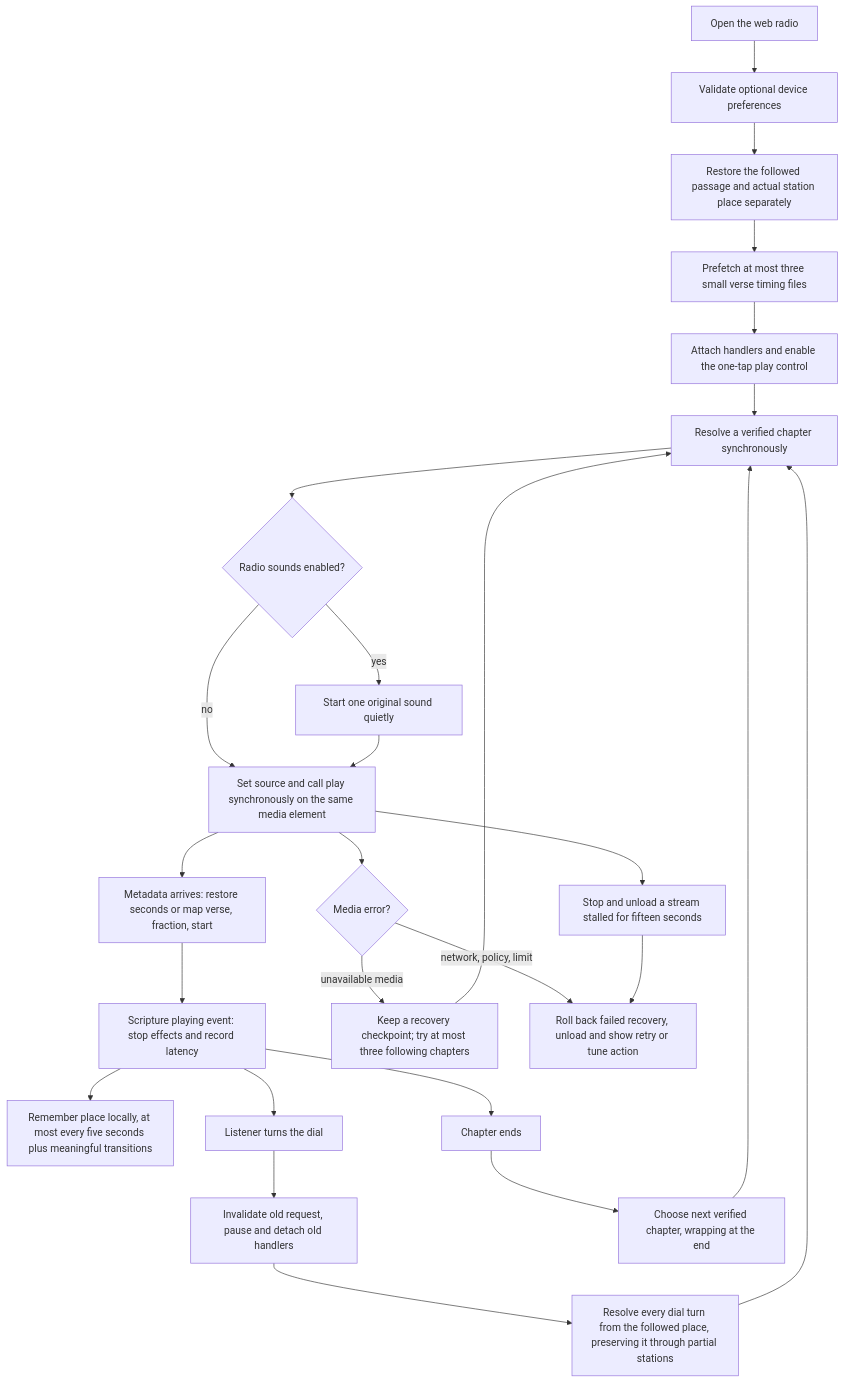
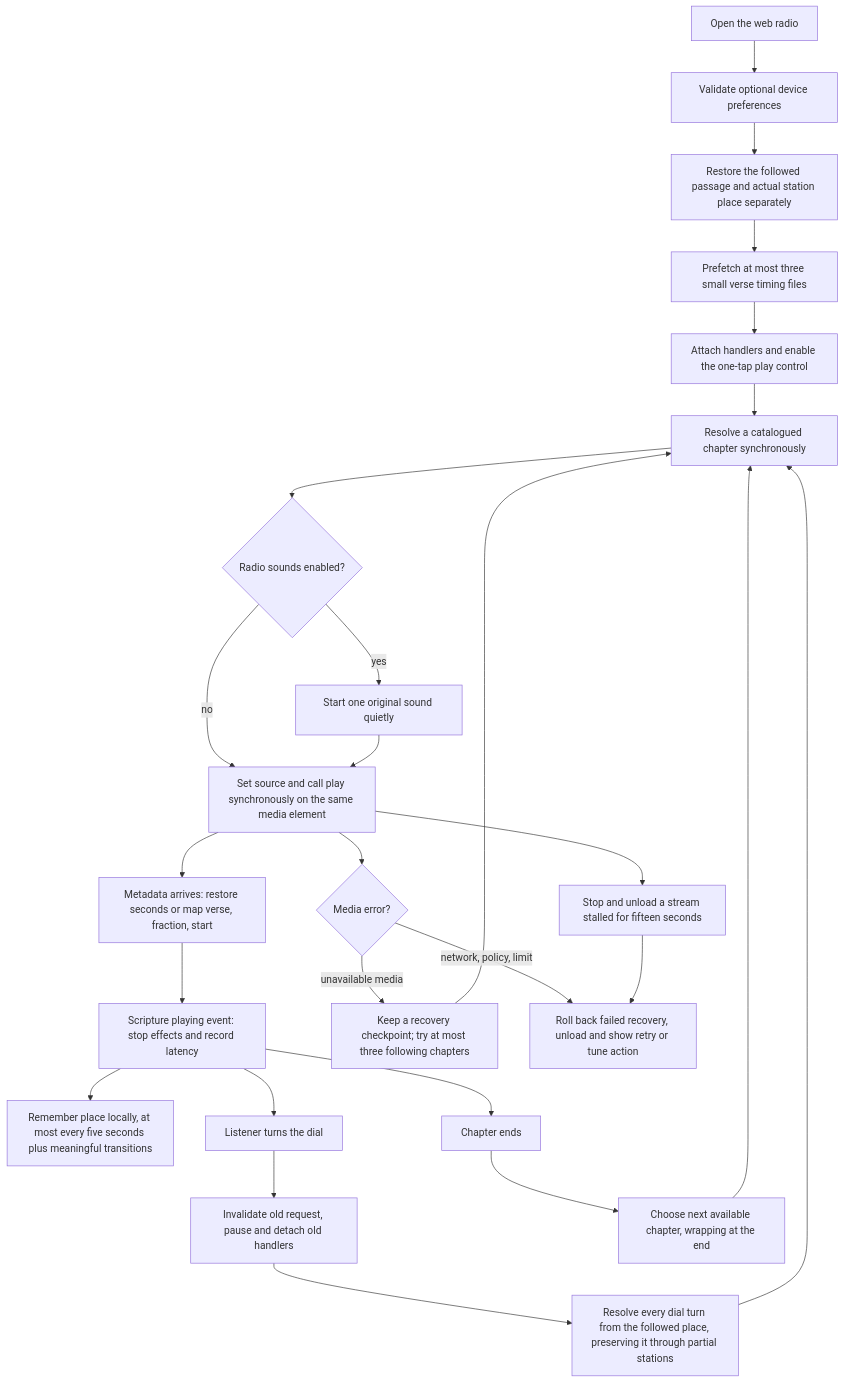
Before and after one commit to loveJesus/audiobiblerad.io-chirho: the diagram in spec-chirho/workflows-chirho/tune_in_workflow_chirho.md, drawn with Mermaid. The commit also changed other lines of this file and 36 other files, not shown here.

````diff
--- a/spec-chirho/workflows-chirho/tune_in_workflow_chirho.md
+++ b/spec-chirho/workflows-chirho/tune_in_workflow_chirho.md
@@ -7,28 +7,28 @@
 ```mermaid
 flowchart TD
     open_chirho[Open the web radio] --> memory_chirho[Validate optional device preferences]
     memory_chirho --> place_chirho[Restore the followed passage and actual station place separately]
     place_chirho --> timings_chirho[Prefetch at most three small verse timing files]
     timings_chirho --> tap_chirho[Attach handlers and enable the one-tap play control]
-    tap_chirho --> locate_chirho[Resolve a verified chapter synchronously]
+    tap_chirho --> locate_chirho[Resolve a catalogued chapter synchronously]
     locate_chirho --> noise_chirho{Radio sounds enabled?}
     noise_chirho -- yes --> effects_chirho[Start one original sound quietly]
     noise_chirho -- no --> play_chirho
     effects_chirho --> play_chirho[Set source and call play synchronously on the same media element]
     play_chirho --> metadata_chirho[Metadata arrives: restore seconds or map verse, fraction, start]
     metadata_chirho --> playing_chirho[Scripture playing event: stop effects and record latency]
     playing_chirho --> memory_save_chirho[Remember place locally, at most every five seconds plus meaningful transitions]
     playing_chirho --> turn_chirho[Listener turns the dial]
     turn_chirho --> cancel_chirho[Invalidate old request, pause and detach old handlers]
     cancel_chirho --> anchor_chirho[Resolve every dial turn from the followed place, preserving it through partial stations]
     anchor_chirho --> locate_chirho
     playing_chirho --> ended_chirho[Chapter ends]
-    ended_chirho --> next_chirho[Choose next verified chapter, wrapping at the end]
+    ended_chirho --> next_chirho[Choose next available chapter, wrapping at the end]
     next_chirho --> locate_chirho
     play_chirho --> error_chirho{Media error?}
     error_chirho -- unavailable media --> recover_chirho[Keep a recovery checkpoint; try at most three following chapters]
     recover_chirho --> locate_chirho
     error_chirho -- network, policy, limit --> stop_chirho[Roll back failed recovery, unload and show retry or tune action]
     play_chirho --> timeout_chirho[Stop and unload a stream stalled for fifteen seconds]
     timeout_chirho --> stop_chirho
 ```
````
